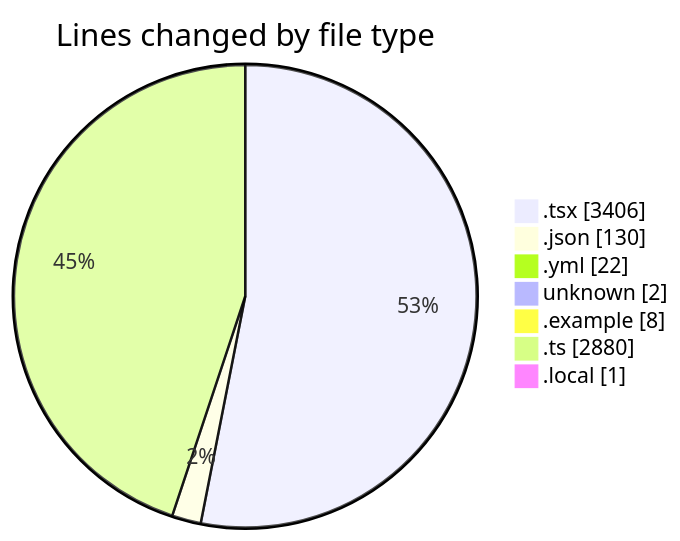
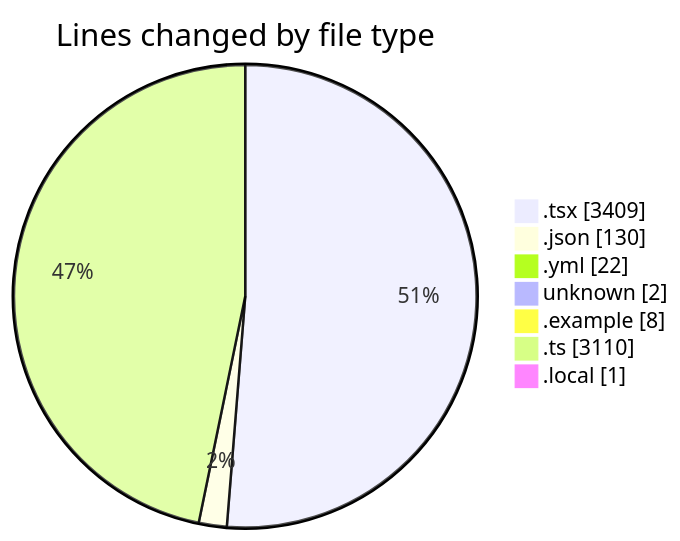
The first of 2 diagrams in 2025-11-21/eventscop-frontend-guide__workspace_/README.md (julien-gomy/code-tracking), drawn with Mermaid before and after one commit. The commit also changed other lines of this file and 1 other file, not shown here.

````diff
--- a/2025-11-21/eventscop-frontend-guide__workspace_/README.md
+++ b/2025-11-21/eventscop-frontend-guide__workspace_/README.md
@@ -62,11 +63,11 @@
 ```mermaid
 pie showData
 title Lines changed by file type
-".tsx" : 3406
+".tsx" : 3409
 ".json" : 130
 ".yml" : 22
 "unknown" : 2
 ".example" : 8
-".ts" : 2880
+".ts" : 3110
 ".local" : 1
 ```
````
